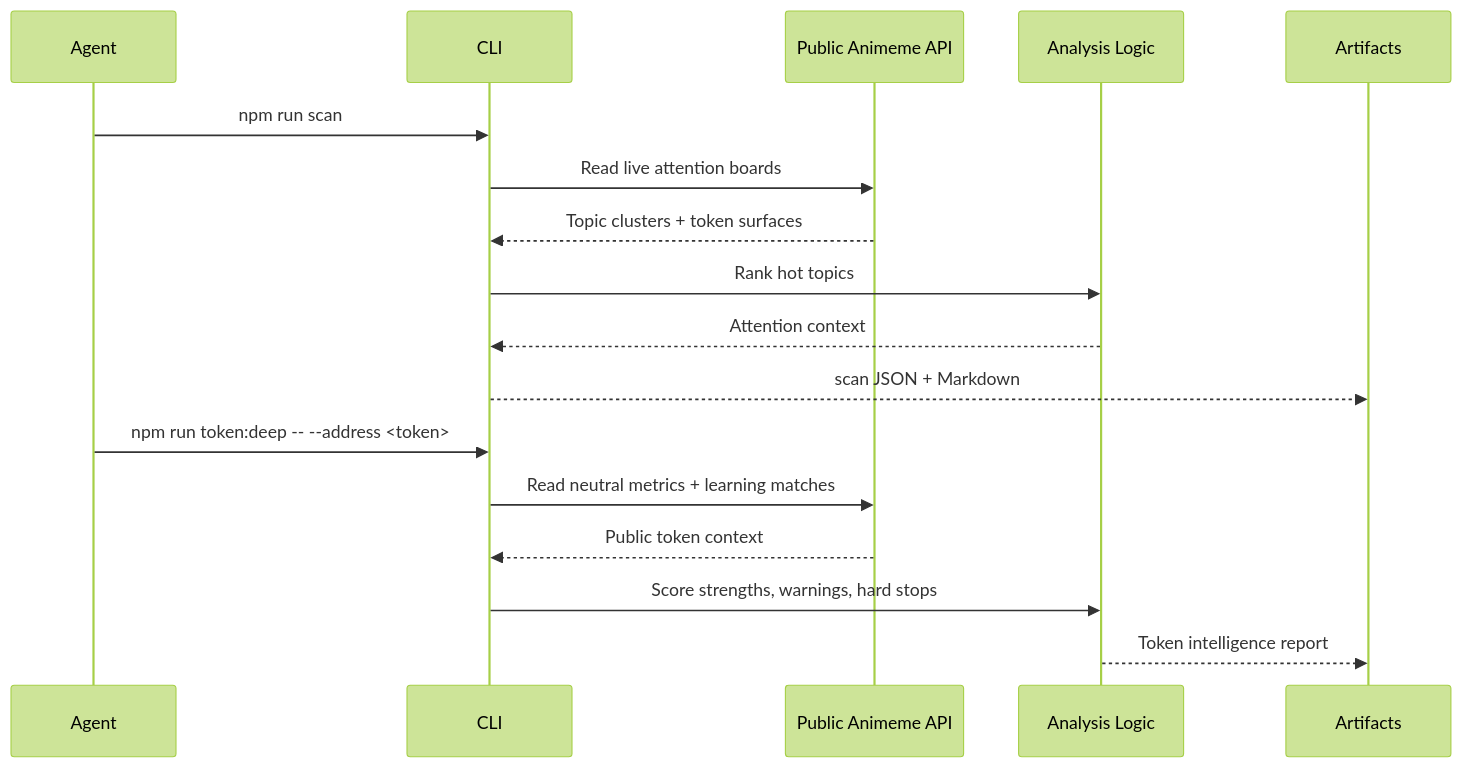
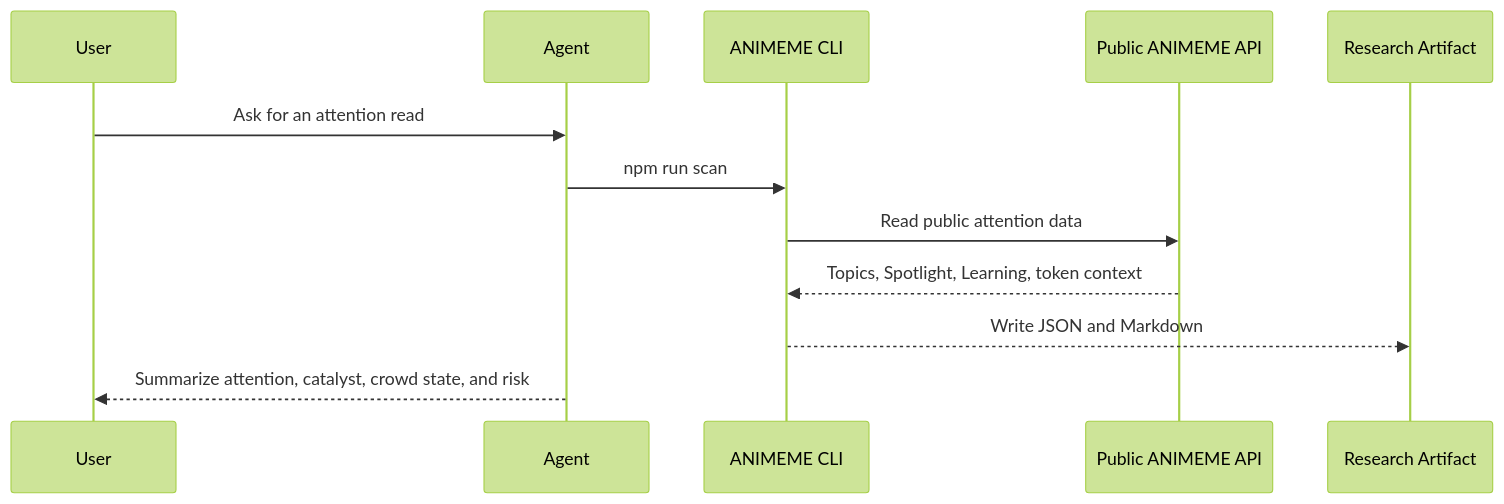
The diagram in README.md (animeme99/Animeme-Agent), drawn with Mermaid (forest theme) before and after one commit. The commit also changed other lines of this file and 1 other file, not shown here.

Commit message:
Update public ANIMEME Agent README

````diff
--- a/README.md
+++ b/README.md
@@ -72,20 +211,15 @@
 ```mermaid
 sequenceDiagram
+    participant U as User
     participant A as Agent
-    participant C as CLI
-    participant P as Public Animeme API
-    participant L as Analysis Logic
-    participant O as Artifacts
+    participant C as ANIMEME CLI
+    participant P as Public ANIMEME API
+    participant R as Research Artifact
 
+    U->>A: Ask for an attention read
     A->>C: npm run scan
-    C->>P: Read live attention boards
-    P-->>C: Topic clusters + token surfaces
-    C->>L: Rank hot topics
-    L-->>C: Attention context
-    C-->>O: scan JSON + Markdown
-    A->>C: npm run token:deep -- --address <token>
-    C->>P: Read neutral metrics + learning matches
-    P-->>C: Public token context
-    C->>L: Score strengths, warnings, hard stops
-    L-->>O: Token intelligence report
+    C->>P: Read public attention data
+    P-->>C: Topics, Spotlight, Learning, token context
+    C-->>R: Write JSON and Markdown
+    A-->>U: Summarize attention, catalyst, crowd state, and risk
 ```
````
